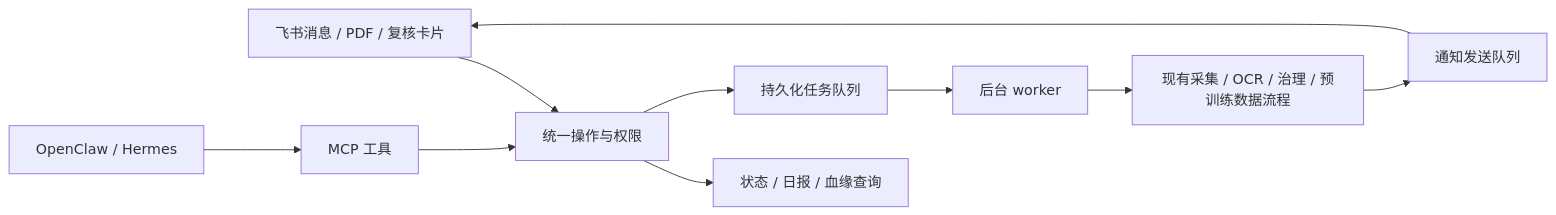
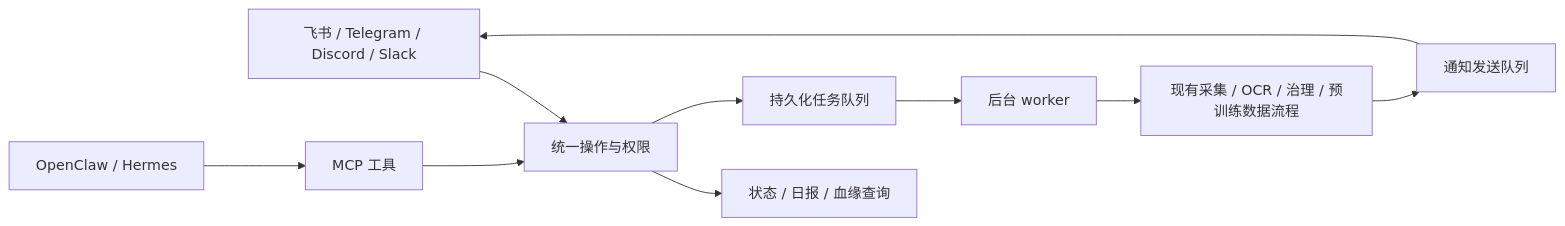
The diagram in docs/app-integrations.md (Chal1ce/FinFlow), drawn with Mermaid before and after one commit. The commit also changed other lines of this file and 27 other files, not shown here.

Commit message:
feat: add Telegram Discord and Slack channels with bilingual guides

````diff
--- a/docs/app-integrations.md
+++ b/docs/app-integrations.md
@@ -14,12 +23,12 @@
 ```mermaid
 flowchart LR
-    feishu[飞书消息 / PDF / 复核卡片] --> service[统一操作与权限]
+    feishu[飞书 / Telegram / Discord / Slack] --> service[统一操作与权限]
     assistant[OpenClaw / Hermes] --> mcp[MCP 工具]
     mcp --> service
     service --> read[状态 / 日报 / 血缘查询]
     service --> jobs[持久化任务队列]
     jobs --> worker[后台 worker]
     worker --> pipeline[现有采集 / OCR / 治理 / 预训练数据流程]
     pipeline --> outbox[通知发送队列]
     outbox --> feishu
 ```
````
